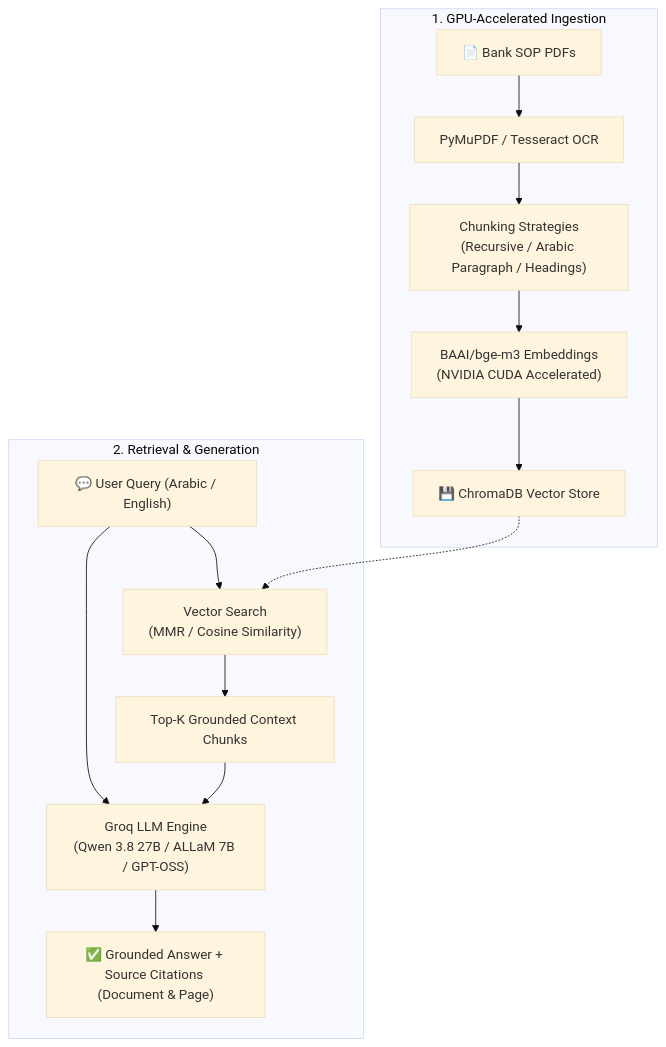
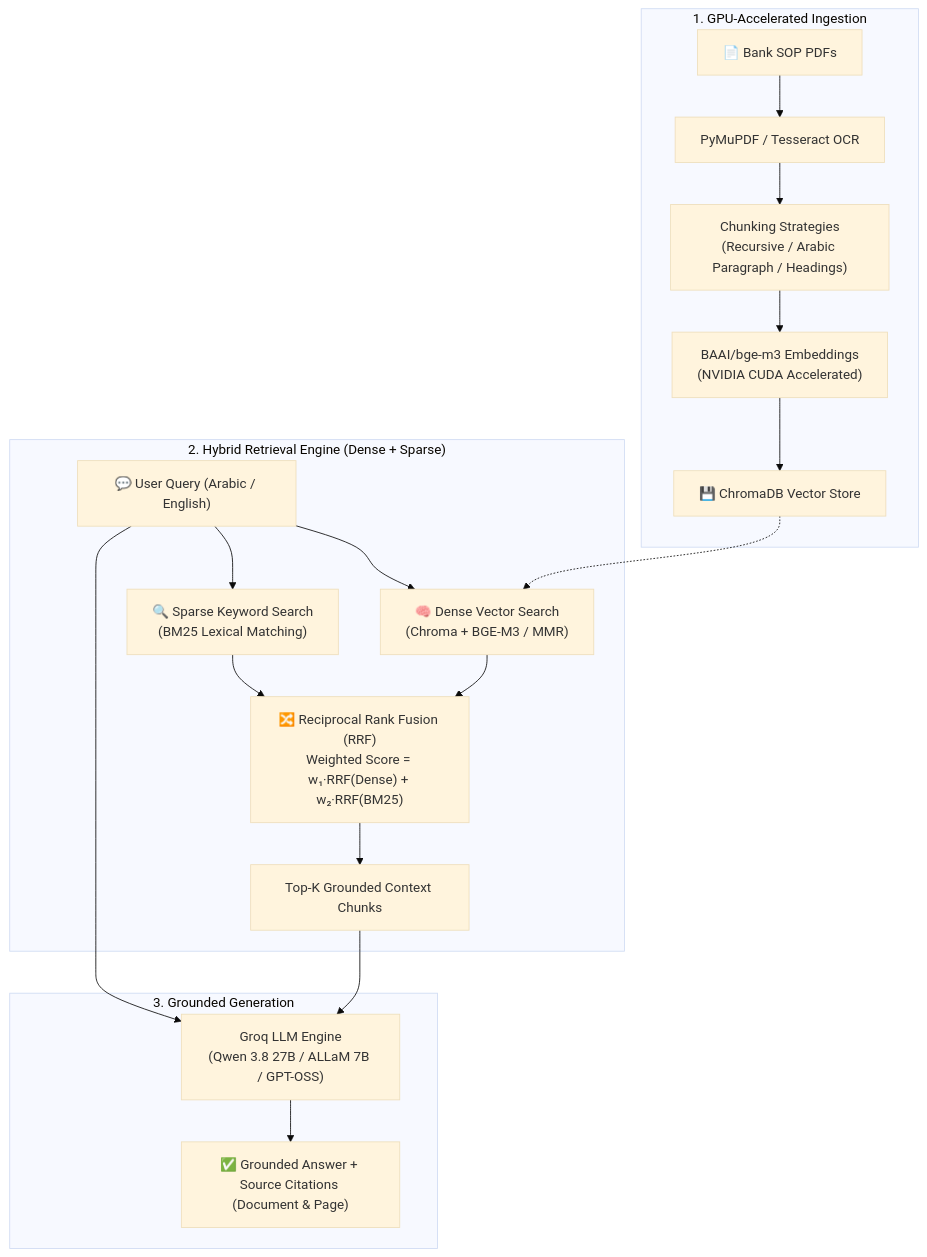
The diagram in README.md (AhmedEsam98/Bank_Guide_AI), drawn with Mermaid (base theme) before and after one commit. The commit also changed other lines of this file and 6 other files, not shown here.

Commit message:
feat(retrieval): implement hybrid search with BM25, RRF fusion, and update docs

````diff
--- a/README.md
+++ b/README.md
@@ -31,18 +32,24 @@
 ```mermaid
 flowchart TD
     subgraph Ingestion ["1. GPU-Accelerated Ingestion"]
         PDF["📄 Bank SOP PDFs"] --> OCR["PyMuPDF / Tesseract OCR"]
         OCR --> Chunk["Chunking Strategies\n(Recursive / Arabic Paragraph / Headings)"]
         Chunk --> Embed["BAAI/bge-m3 Embeddings\n(NVIDIA CUDA Accelerated)"]
         Embed --> Chroma["💾 ChromaDB Vector Store"]
     end
 
-    subgraph Retrieval ["2. Retrieval & Generation"]
-        Query["💬 User Query (Arabic / English)"] --> Search["Vector Search\n(MMR / Cosine Similarity)"]
-        Chroma -.-> Search
-        Search --> Context["Top-K Grounded Context Chunks"]
+    subgraph Retrieval ["2. Hybrid Retrieval Engine (Dense + Sparse)"]
+        Query["💬 User Query (Arabic / English)"] --> Dense["🧠 Dense Vector Search\n(Chroma + BGE-M3 / MMR)"]
+        Query --> Sparse["🔍 Sparse Keyword Search\n(BM25 Lexical Matching)"]
+        Chroma -.-> Dense
+        Dense --> Fusion["🔀 Reciprocal Rank Fusion (RRF)\nWeighted Score = w₁·RRF(Dense) + w₂·RRF(BM25)"]
+        Sparse --> Fusion
+        Fusion --> Context["Top-K Grounded Context Chunks"]
+    end
+
+    subgraph Generation ["3. Grounded Generation"]
         Context --> LLM["Groq LLM Engine\n(Qwen 3.8 27B / ALLaM 7B / GPT-OSS)"]
         Query --> LLM
         LLM --> Response["✅ Grounded Answer + Source Citations (Document & Page)"]
     end
 ```
````
